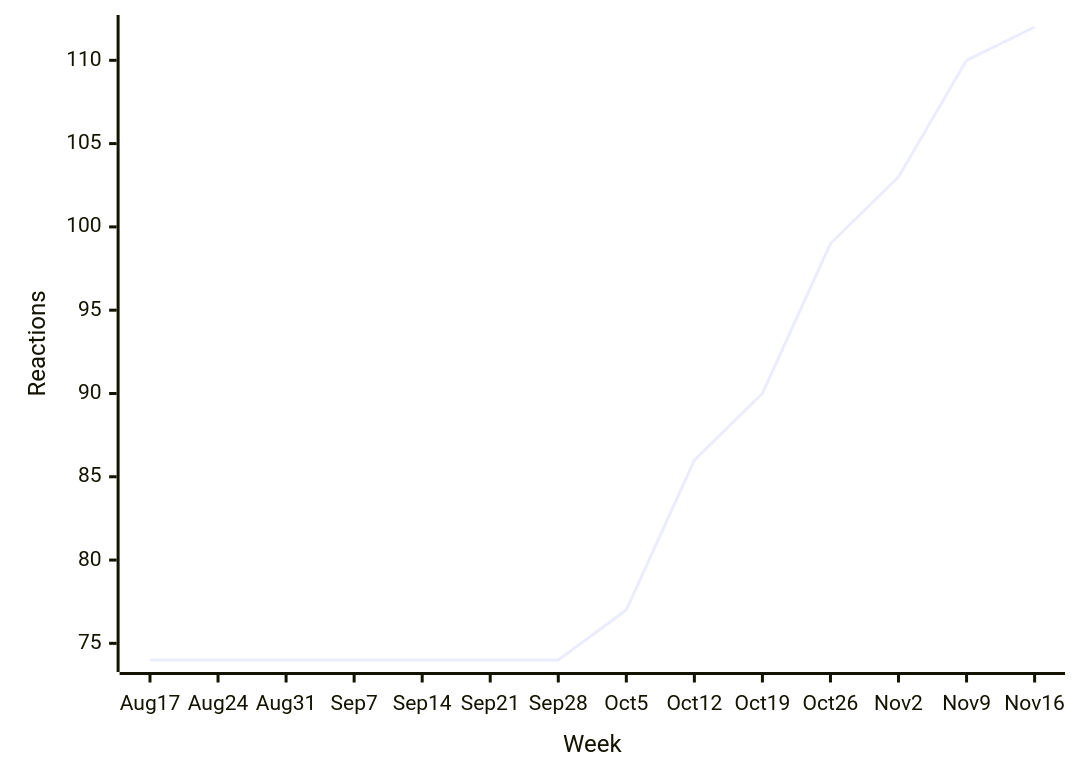
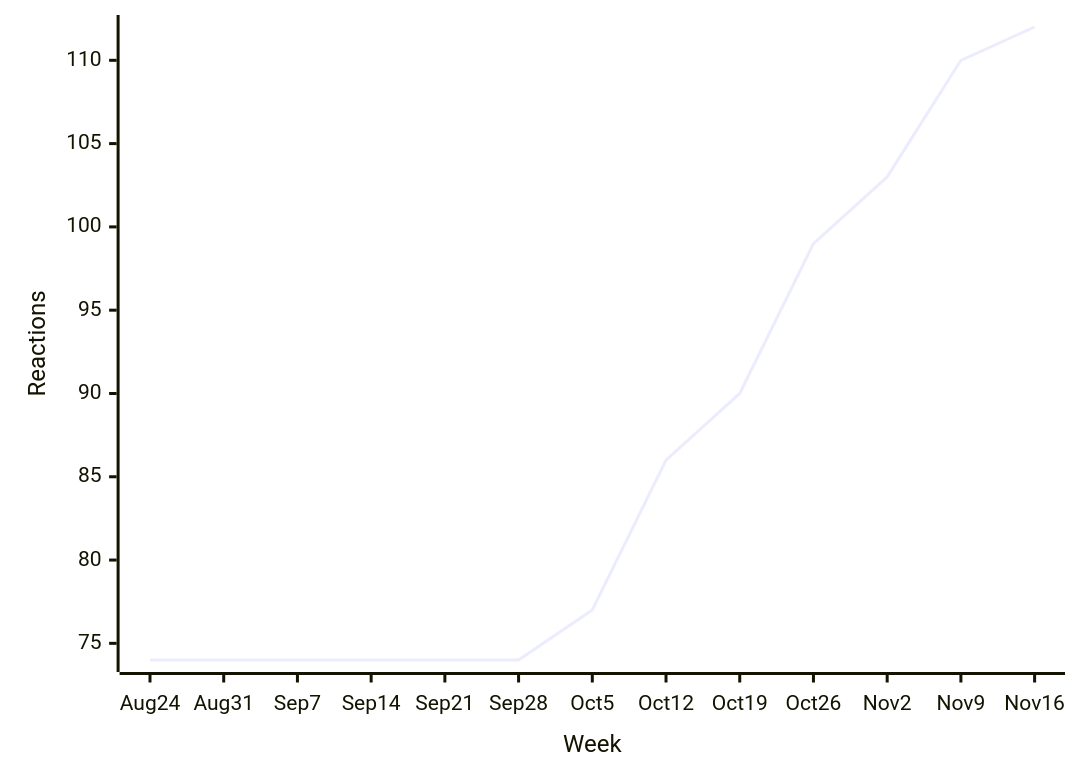
Before and after one commit to loic-sharma/github-insights: the first of 31 diagrams in README.md, drawn with Mermaid. The commit also changed other lines of this file and 3 other files, not shown here.

````diff
--- a/README.md
+++ b/README.md
@@ -324,6 +324,6 @@
   ```mermaid
   xychart-beta
-    x-axis "Week" [Aug 17, Aug 24, Aug 31, Sep 7, Sep 14, Sep 21, Sep 28, Oct 5, Oct 12, Oct 19, Oct 26, Nov 2, Nov 9, Nov 16]
+    x-axis "Week" [Aug 24, Aug 31, Sep 7, Sep 14, Sep 21, Sep 28, Oct 5, Oct 12, Oct 19, Oct 26, Nov 2, Nov 9, Nov 16]
     y-axis "Reactions"
-    line [74, 74, 74, 74, 74, 74, 74, 77, 86, 90, 99, 103, 110, 112]
+    line [74, 74, 74, 74, 74, 74, 77, 86, 90, 99, 103, 110, 112]
   ```
````
